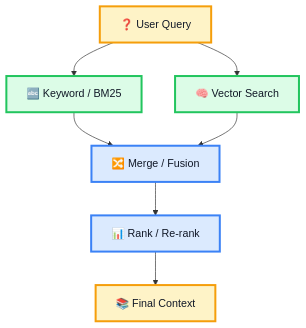
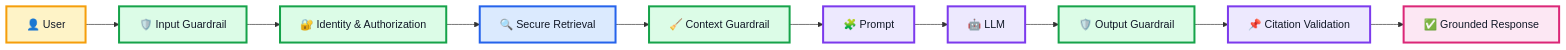
Before and after one commit to azam123/awesome-ai-engineer: the third of 5 diagrams in RAG-explained-in-depth.md, drawn with Mermaid. The commit also changed other lines of this file, not shown here.

Commit message:
docs: improve RAG diagrams with clear colored boxes and arrows

```diff
--- a/RAG-explained-in-depth.md
+++ b/RAG-explained-in-depth.md
@@ -1265,18 +1248,15 @@
 ~~~mermaid
-flowchart TD
-    Q["❓ User Query"] --> K["🔤 Keyword / BM25"]
-    Q --> V["🧠 Vector Search"]
-    K --> M["🔀 Merge / Fusion"]
-    V --> M
-    M --> R["📊 Rank / Re-rank"]
-    R --> C["📚 Final Context"]
+flowchart LR
+    U["👤 User"] --> I["🛡️ Input Guardrail"] --> ID["🔐 Identity & Authorization"] --> R["🔍 Secure Retrieval"] --> C["🧹 Context Guardrail"] --> P["🧩 Prompt"] --> L["🤖 LLM"] --> O["🛡️ Output Guardrail"] --> CV["📌 Citation Validation"] --> A["✅ Grounded Response"]
 
-    classDef yellow fill:#FEF3C7,stroke:#F59E0B,color:#111827,stroke-width:3px;
-    classDef green fill:#DCFCE7,stroke:#22C55E,color:#111827,stroke-width:3px;
-    classDef blue fill:#DBEAFE,stroke:#3B82F6,color:#111827,stroke-width:3px;
-
-    class Q yellow;
-    class K,V green;
-    class M,R blue;
-    class C yellow;
+    classDef user fill:#FEF3C7,stroke:#F59E0B,color:#111827,stroke-width:3px;
+    classDef security fill:#DCFCE7,stroke:#16A34A,color:#111827,stroke-width:3px;
+    classDef retrieval fill:#DBEAFE,stroke:#2563EB,color:#111827,stroke-width:3px;
+    classDef ai fill:#EDE9FE,stroke:#7C3AED,color:#111827,stroke-width:3px;
+    classDef result fill:#FCE7F3,stroke:#DB2777,color:#111827,stroke-width:3px;
+    class U user;
+    class I,ID,C,O security;
+    class R retrieval;
+    class P,L,CV ai;
+    class A result;
 ~~~
```
